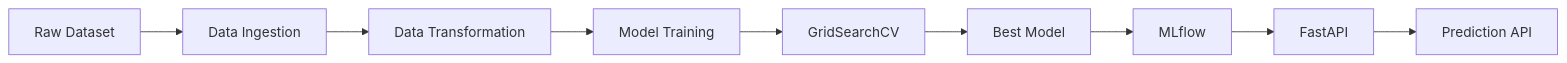
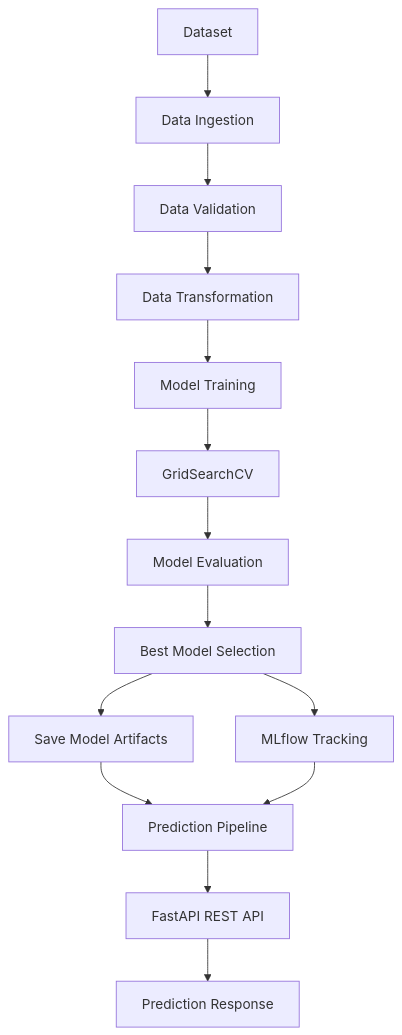
The diagram in README.md (Mayank1532/heart-disease-prediction), drawn with Mermaid before and after one commit. The commit also changed other lines of this file, not shown here.

````diff
--- a/README.md
+++ b/README.md
@@ -140,20 +266,21 @@
 ```mermaid
-graph LR
+flowchart TD
 
-A[Raw Dataset]
--->B[Data Ingestion]
+    A[Dataset] --> B[Data Ingestion]
+    B --> C[Data Validation]
+    C --> D[Data Transformation]
+    D --> E[Model Training]
 
-B-->C[Data Transformation]
+    E --> F[GridSearchCV]
+    F --> G[Model Evaluation]
+    G --> H[Best Model Selection]
 
-C-->D[Model Training]
+    H --> I[Save Model Artifacts]
+    H --> J[MLflow Tracking]
 
-D-->E[GridSearchCV]
+    I --> K[Prediction Pipeline]
+    J --> K
 
-E-->F[Best Model]
-
-F-->G[MLflow]
-
-G-->H[FastAPI]
-
-H-->I[Prediction API]
+    K --> L[FastAPI REST API]
+    L --> M[Prediction Response]
 ```
````
